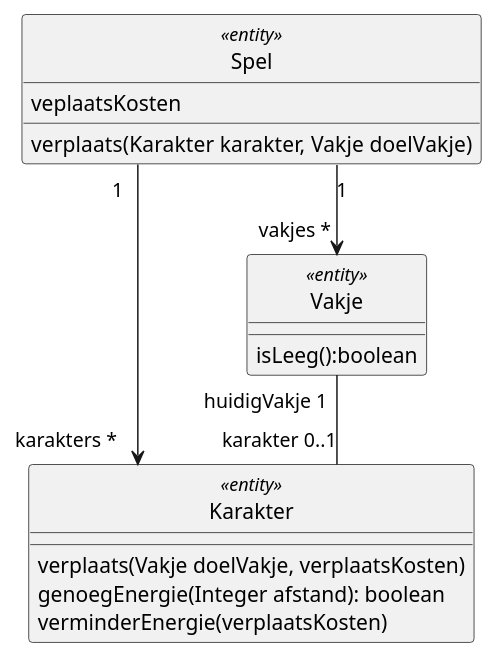
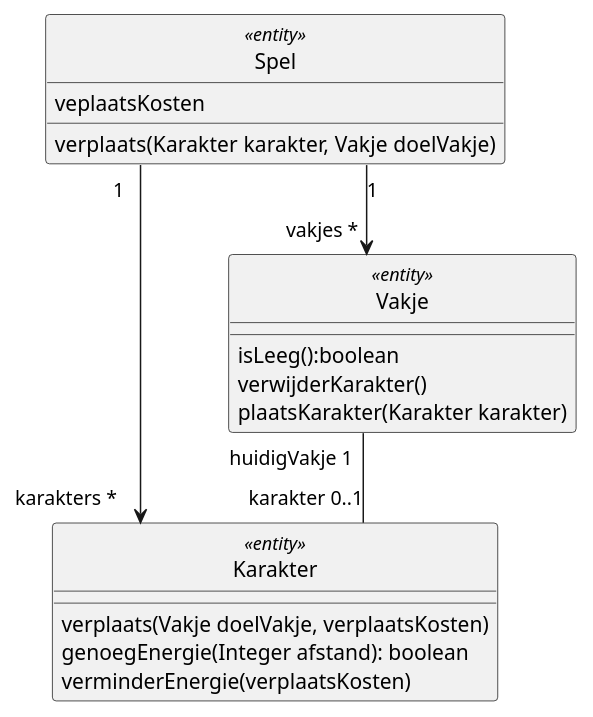
One commit to AIM-ENE/doex-opdracht-2 changed the diagram in oefeningen/les2/lesprogramma/onderdeel2/Klassendiagram.puml. Above: the diagram before and after it, drawn with PlantUML.

Commit message:
Verbeter klassendiagram

```diff
--- a/oefeningen/les2/lesprogramma/onderdeel2/Klassendiagram.puml
+++ b/oefeningen/les2/lesprogramma/onderdeel2/Klassendiagram.puml
@@ -1,24 +1,26 @@
 @startuml
 
 hide circle
 skinparam linetype ortho
 
 class Spel <<entity>> {
     veplaatsKosten
     verplaats(Karakter karakter, Vakje doelVakje)
 }
 
 class Vakje <<entity>> {
     isLeeg():boolean
+    verwijderKarakter()
+    plaatsKarakter(Karakter karakter)
 }
 class Karakter <<entity>> {
     verplaats(Vakje doelVakje, verplaatsKosten)
     genoegEnergie(Integer afstand): boolean
     verminderEnergie(verplaatsKosten)
 }
 
 Spel "1" -> " karakters *" Karakter
 Spel "1" --> "vakjes *" Vakje
 Vakje "huidigVakje 1" -- "karakter 0..1 " Karakter
 
 @enduml
```
